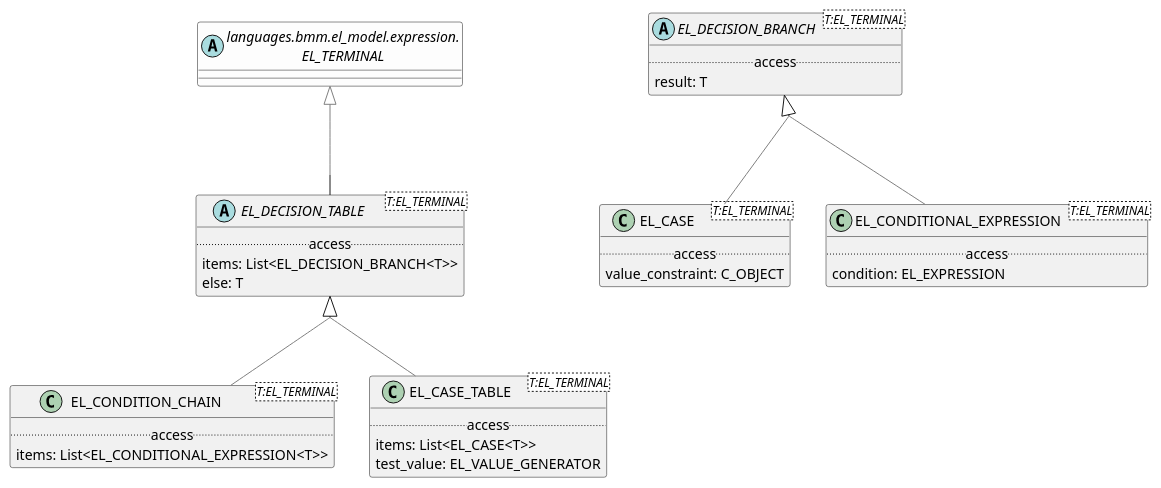
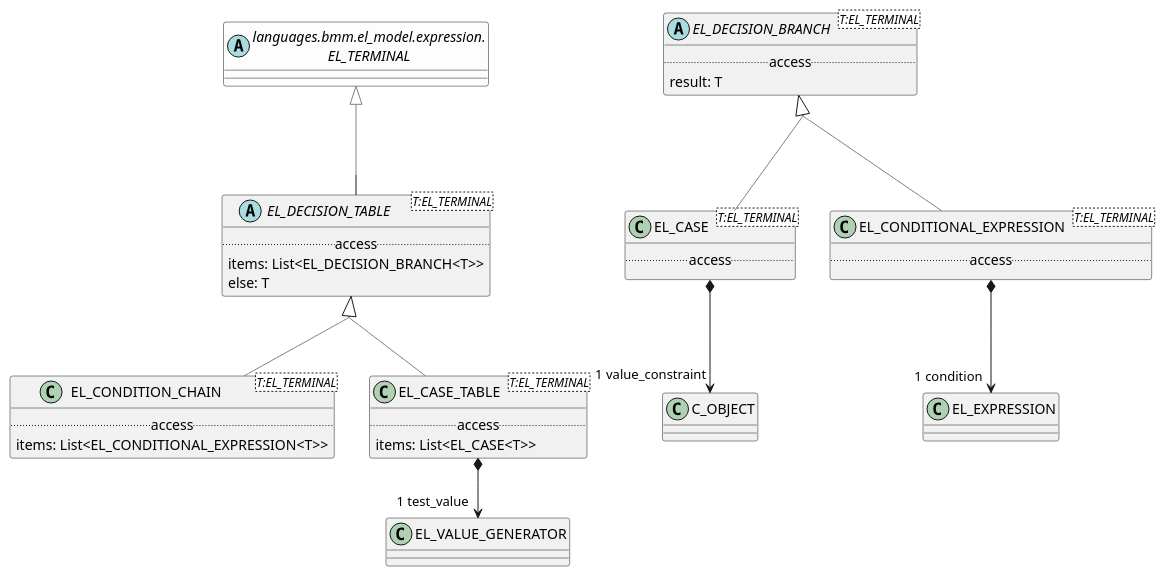
The diagram in modules/ROOT/examples/bmm/languages/bmm/el_model/decision/decision-package-uml.adoc (wolandscat/openehr-doc), drawn with PlantUML before and after one commit. The commit also changed 30 other files, not shown here.

```diff
--- a/modules/ROOT/examples/bmm/languages/bmm/el_model/decision/decision-package-uml.adoc
+++ b/modules/ROOT/examples/bmm/languages/bmm/el_model/decision/decision-package-uml.adoc
@@ -3,57 +3,60 @@
 [plantuml,opts=interactive,link=self]
 ....
 skinparam groupInheritance 2
 skinparam citedClassColor #FDFDFD
 
 
 class EL_CONDITION_CHAIN<T:EL_TERMINAL> [[/openehr-doc/latest/languages/bmm-gen.html#_class_el_condition_chain]] {
         .. access ..
         items: List<EL_CONDITIONAL_EXPRESSION<T>>
 }
 
 EL_CONDITION_CHAIN -[#gray]up-|> EL_DECISION_TABLE  
 
 
 abstract class EL_DECISION_BRANCH<T:EL_TERMINAL> [[/openehr-doc/latest/languages/bmm-gen.html#_class_el_decision_branch]] {
         .. access ..
         result: T
 }
 
 
 class EL_CASE<T:EL_TERMINAL> [[/openehr-doc/latest/languages/bmm-gen.html#_class_el_case]] {
         .. access ..
-        value_constraint: C_OBJECT
 }
 
 EL_CASE -[#gray]up-|> EL_DECISION_BRANCH  
 
+
+EL_CASE *--> "1 value_constraint" C_OBJECT
 
 abstract class EL_DECISION_TABLE<T:EL_TERMINAL> [[/openehr-doc/latest/languages/bmm-gen.html#_class_el_decision_table]] {
         .. access ..
         items: List<EL_DECISION_BRANCH<T>>
         else: T
 }
 
 EL_DECISION_TABLE -[#gray]up-|> EL_TERMINAL  
 
 
 class EL_CONDITIONAL_EXPRESSION<T:EL_TERMINAL> [[/openehr-doc/latest/languages/bmm-gen.html#_class_el_conditional_expression]] {
         .. access ..
-        condition: EL_EXPRESSION
 }
 
 EL_CONDITIONAL_EXPRESSION -[#gray]up-|> EL_DECISION_BRANCH  
 
 
+EL_CONDITIONAL_EXPRESSION *--> "1 condition" EL_EXPRESSION
+
 class EL_CASE_TABLE<T:EL_TERMINAL> [[/openehr-doc/latest/languages/bmm-gen.html#_class_el_case_table]] {
         .. access ..
         items: List<EL_CASE<T>>
-        test_value: EL_VALUE_GENERATOR
 }
 
 EL_CASE_TABLE -[#gray]up-|> EL_DECISION_TABLE  
 
+
+EL_CASE_TABLE *--> "1 test_value" EL_VALUE_GENERATOR
 abstract class "languages.bmm.el_model.expression.\nEL_TERMINAL" as EL_TERMINAL  [[/openehr-doc/latest/languages/bmm-gen.html#_class_el_terminal]] #FDFDFD {
 }
 
 ....
```
